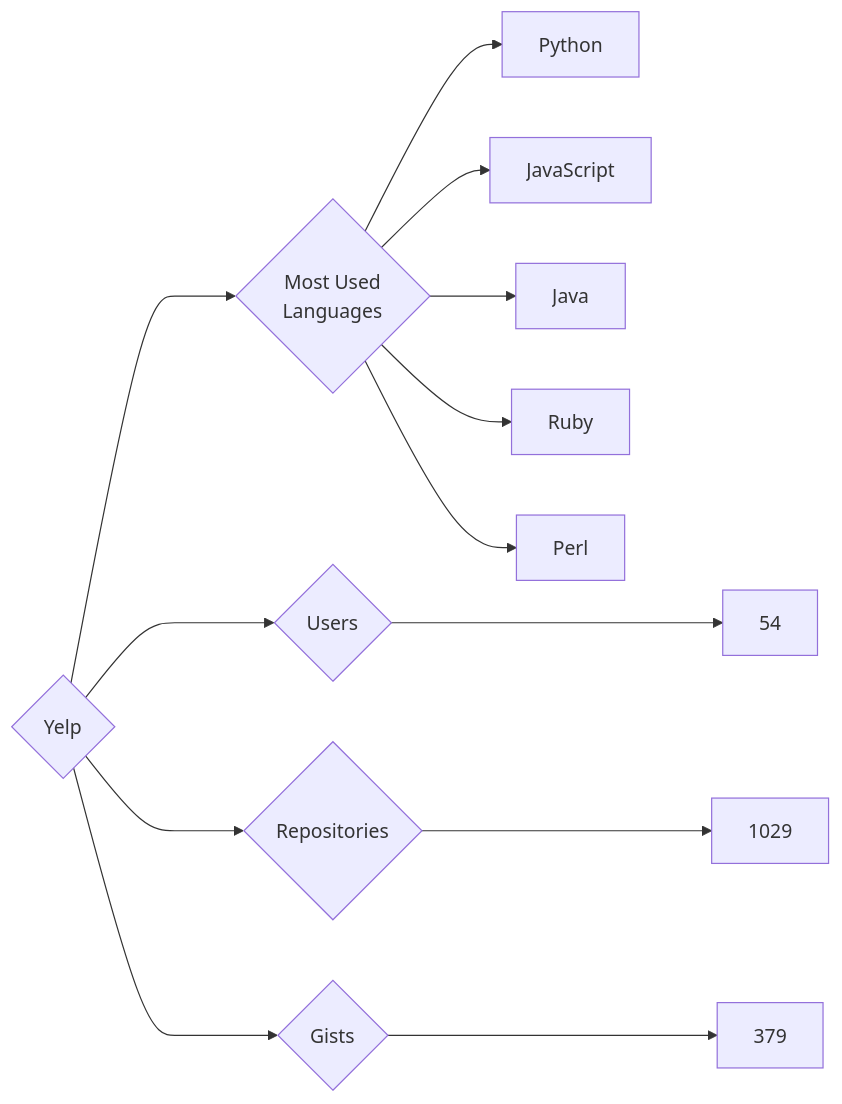
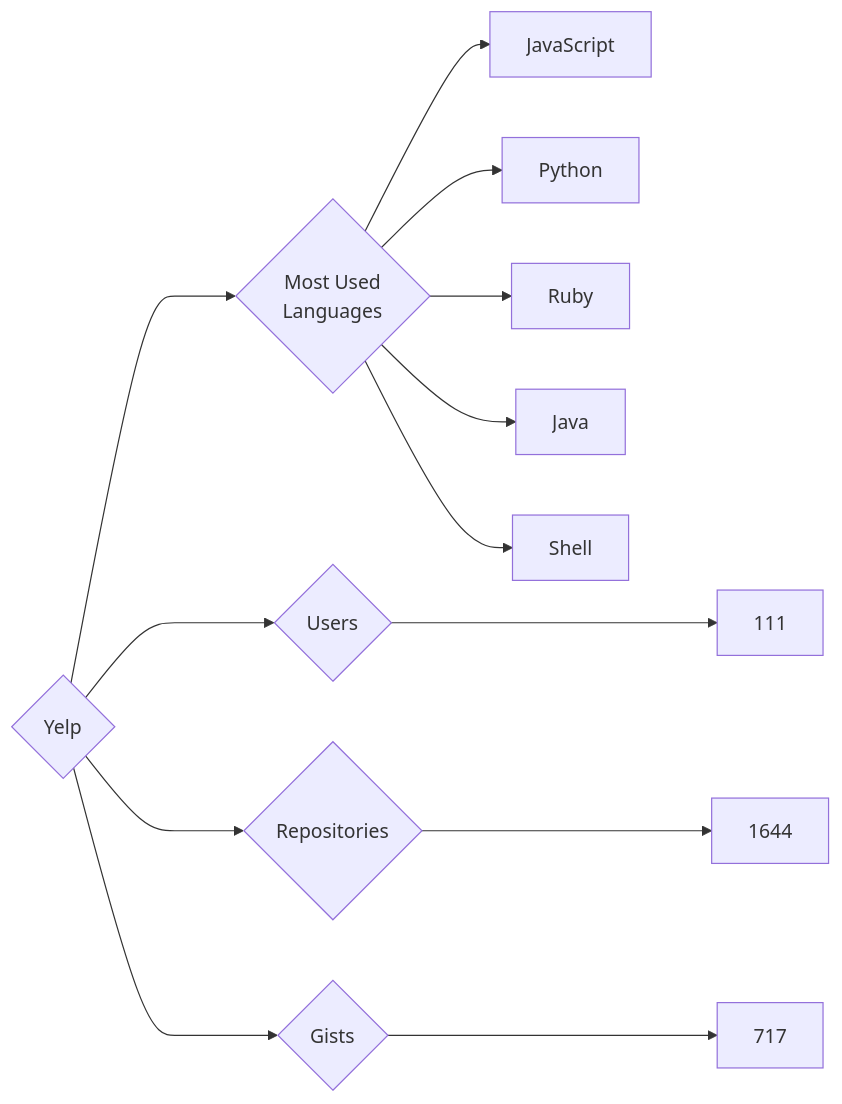
Before and after one commit to trickest/insiders: the diagram in targets/Yelp/README.md, drawn with Mermaid. The commit also changed 928 other files, not shown here.

````diff
--- a/targets/Yelp/README.md
+++ b/targets/Yelp/README.md
@@ -3,13 +3,13 @@
 ```mermaid
 graph LR
 COMPANY_NAME{Yelp}
-COMPANY_NAME ---> U{Users} ---> UN[54]
-COMPANY_NAME ---> R{Repositories} ---> RN[1029]
-COMPANY_NAME ---> G{Gists} ---> GN[379]
+COMPANY_NAME ---> U{Users} ---> UN[111]
+COMPANY_NAME ---> R{Repositories} ---> RN[1644]
+COMPANY_NAME ---> G{Gists} ---> GN[717]
 COMPANY_NAME ---> ML{Most Used<br>Languages}
+ML --> JavaScript[JavaScript]
 ML --> Python[Python]
-ML --> JavaScript[JavaScript]
+ML --> Ruby[Ruby]
 ML --> Java[Java]
-ML --> Ruby[Ruby]
-ML --> Perl[Perl]
+ML --> Shell[Shell]
 ```
````
